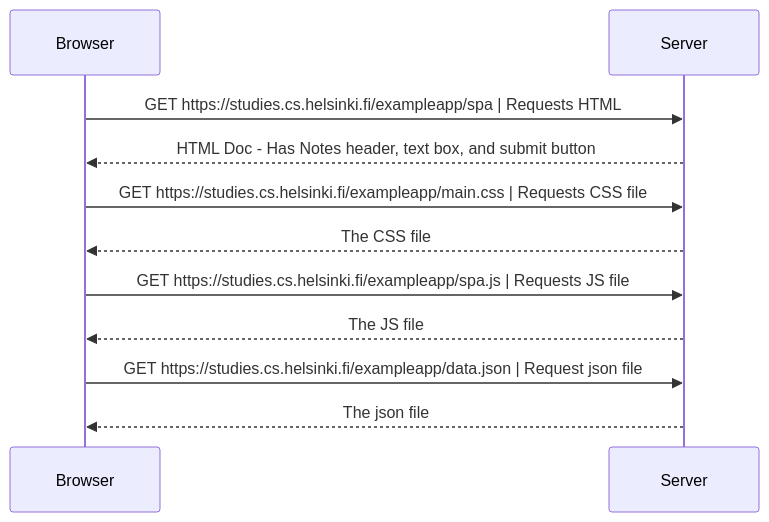
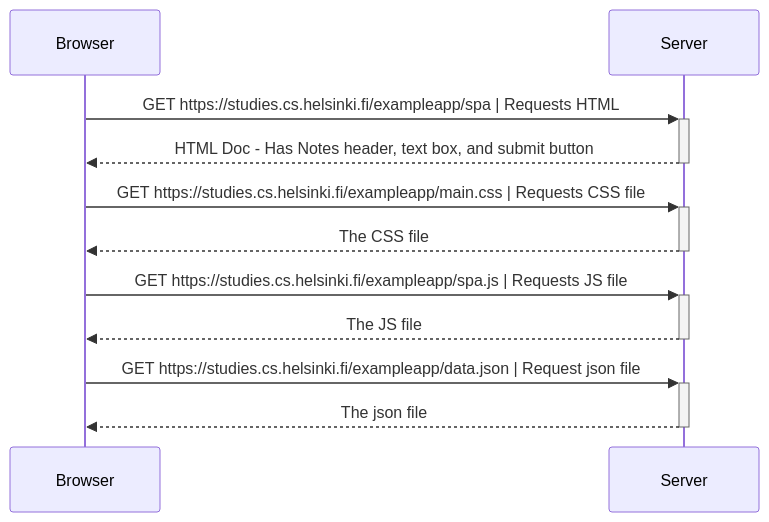
The diagram in 5_singlepageappdiagram.md (TennielStudio/FullStackOpen-Part0), drawn with Mermaid before and after one commit. The commit also changed 2 other files, not shown here.

Commit message:
Create spa new note and activate/deactivate diagrams

````diff
--- a/5_singlepageappdiagram.md
+++ b/5_singlepageappdiagram.md
@@ -1,11 +1,11 @@
 ```mermaid
 sequenceDiagram
-    Browser->>Server: GET https://studies.cs.helsinki.fi/exampleapp/spa | Requests HTML 
-    Server-->>Browser: HTML Doc - Has Notes header, text box, and submit button
-    Browser->>Server: GET https://studies.cs.helsinki.fi/exampleapp/main.css | Requests CSS file
-    Server-->>Browser: The CSS file
-    Browser->>Server: GET https://studies.cs.helsinki.fi/exampleapp/spa.js | Requests JS file
-    Server-->>Browser: The JS file
-    Browser->>Server: GET https://studies.cs.helsinki.fi/exampleapp/data.json | Request json file
-    Server-->>Browser: The json file
+    Browser->>+Server: GET https://studies.cs.helsinki.fi/exampleapp/spa | Requests HTML 
+    Server-->>-Browser: HTML Doc - Has Notes header, text box, and submit button
+    Browser->>+Server: GET https://studies.cs.helsinki.fi/exampleapp/main.css | Requests CSS file
+    Server-->>-Browser: The CSS file
+    Browser->>+Server: GET https://studies.cs.helsinki.fi/exampleapp/spa.js | Requests JS file
+    Server-->>-Browser: The JS file
+    Browser->>+Server: GET https://studies.cs.helsinki.fi/exampleapp/data.json | Request json file
+    Server-->>-Browser: The json file
 ```
````
